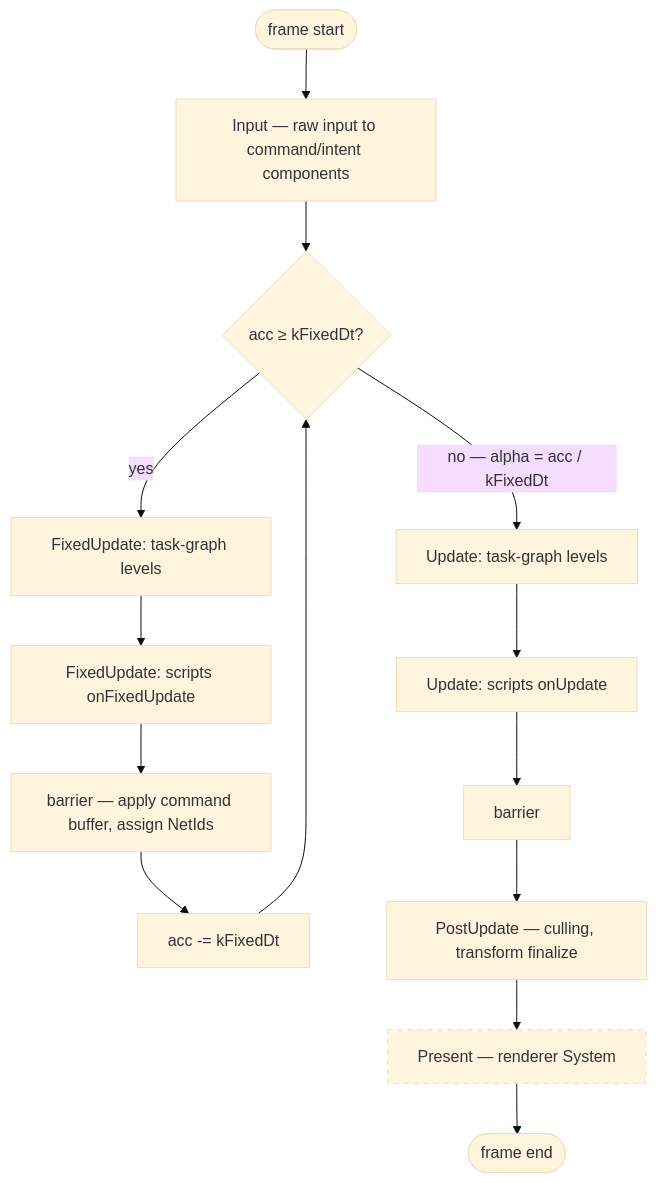
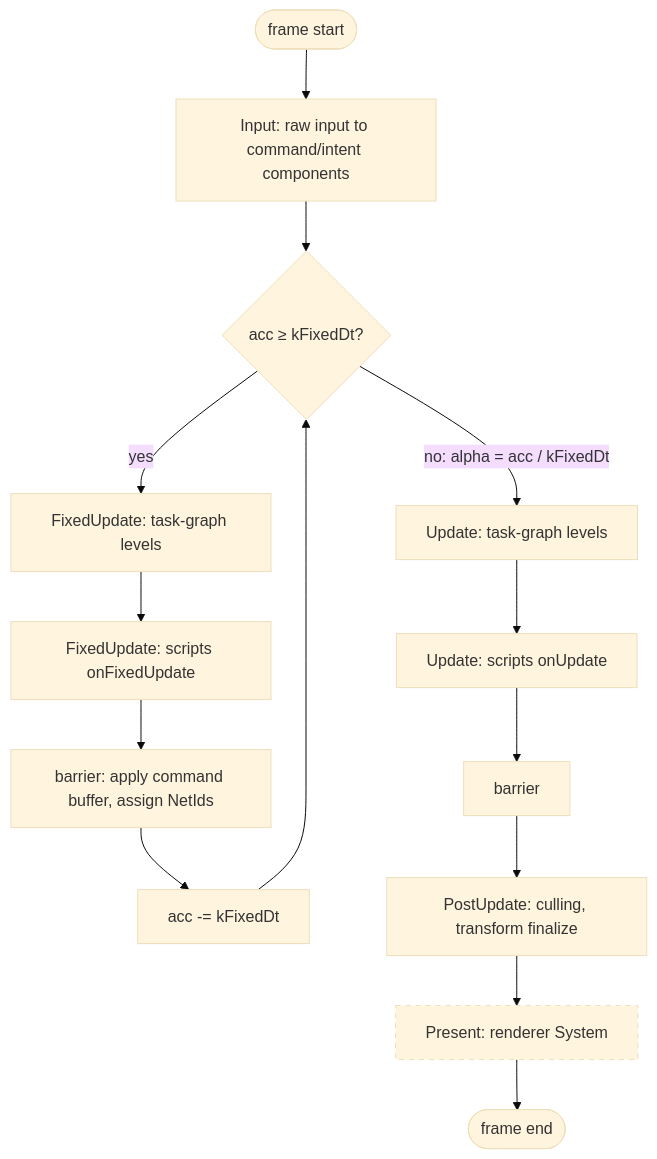
The diagram in 04 Design Docs/Systems/Game Loop — Frame Flow.md (techattackteam/TechEngine-vault), drawn with Mermaid (base theme) before and after one commit. The commit also changed other lines of this file and 16 other files, not shown here.

````diff
--- a/04 Design Docs/Systems/Game Loop — Frame Flow.md
+++ b/04 Design Docs/Systems/Game Loop — Frame Flow.md
@@ -57,20 +60,20 @@
 ```mermaid
 flowchart TD
-  S([frame start]) --> IN["Input — raw input to command/intent components"]
+  S([frame start]) --> IN["Input: raw input to command/intent components"]
   IN --> ACC{"acc ≥ kFixedDt?"}
   ACC -->|yes| FG["FixedUpdate: task-graph levels"]
   FG --> FS["FixedUpdate: scripts onFixedUpdate"]
-  FS --> FB["barrier — apply command buffer, assign NetIds"]
+  FS --> FB["barrier: apply command buffer, assign NetIds"]
   FB --> DEC["acc -= kFixedDt"]
   DEC --> ACC
-  ACC -->|"no — alpha = acc / kFixedDt"| UG["Update: task-graph levels"]
+  ACC -->|"no: alpha = acc / kFixedDt"| UG["Update: task-graph levels"]
   UG --> US["Update: scripts onUpdate"]
   US --> UB["barrier"]
-  UB --> PU["PostUpdate — culling, transform finalize"]
-  PU --> PR["Present — renderer System"]
+  UB --> PU["PostUpdate: culling, transform finalize"]
+  PU --> PR["Present: renderer System"]
   PR --> E([frame end])
 
   classDef clientOnly stroke-dasharray:5 5;
   class PR clientOnly;
-  %% dashed = client-only; on a dedicated server the phase is empty, not skipped
+  %% dashed = client-only. On a dedicated server the phase is empty, not skipped.
 ```
````
